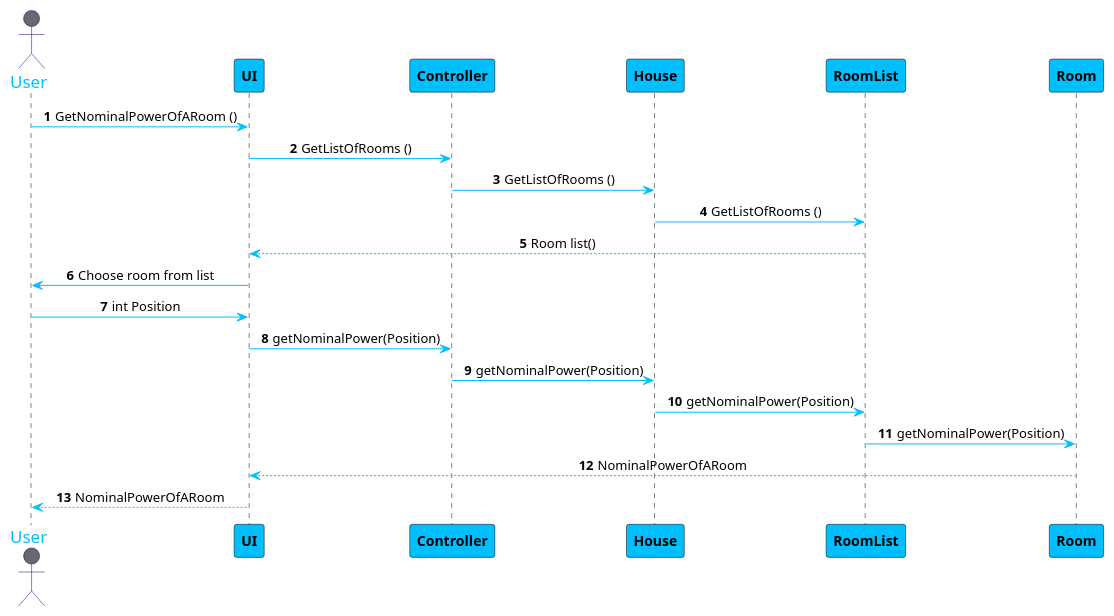
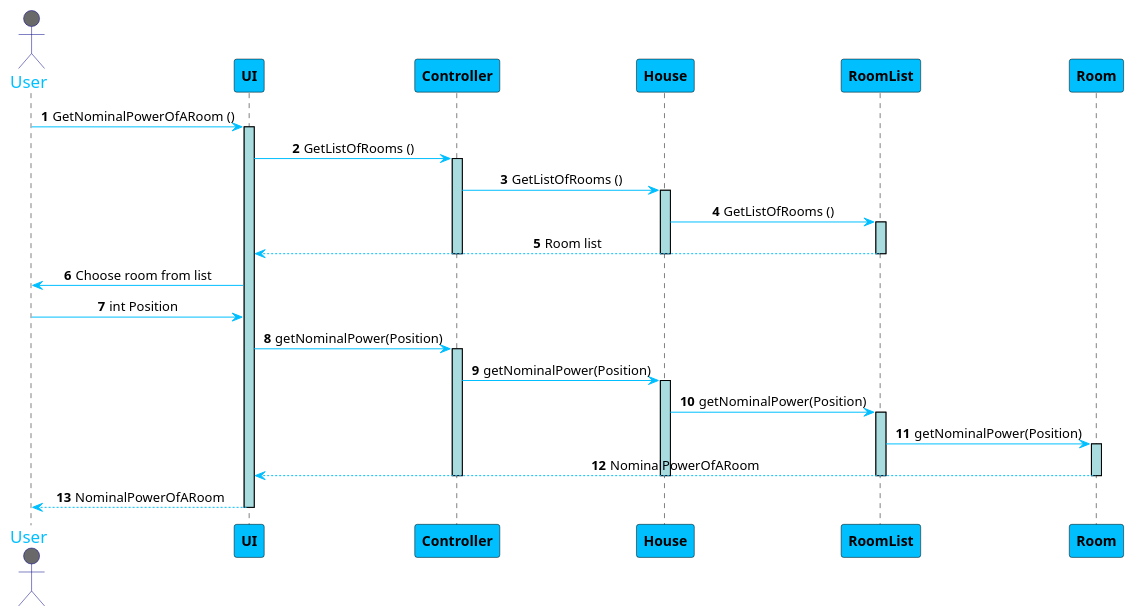
The diagram in src/Docs/Sprint2/GetNominalPowerOfARoom.puml (1181687/hateoasToy), drawn with PlantUML before and after one commit. The commit also changed 4 other files, not shown here.

Commit message:
Changes to Sequence Diagrams

```diff
--- a/src/Docs/Sprint2/GetNominalPowerOfARoom.puml
+++ b/src/Docs/Sprint2/GetNominalPowerOfARoom.puml
@@ -1,37 +1,55 @@
 @startuml
 skinparam sequenceMessageAlign center
 skinparam sequence {
 	ArrowColor DeepSkyBlue
 	ActorBorderColor DarkBlue
 	LifeLineBorderColor black
 	LifeLineBackgroundColor #A9DCDF
 
 	ParticipantBorderColor Black
 	ParticipantBackgroundColor DeepSkyBlue
 	ParticipantFontStyle Bold
 
 	ActorBackgroundColor DimGrey
 	ActorFontColor DeepSkyBlue
 	ActorFontSize 17
 	ActorFontName Aapex
 }
 
 autonumber
 actor User
 User -> UI: GetNominalPowerOfARoom ()
+activate UI
 UI -> Controller: GetListOfRooms ()
+activate Controller
 Controller -> House: GetListOfRooms ()
+activate House
 
 House -> RoomList: GetListOfRooms ()
-UI <-- RoomList: Room list()
+activate RoomList
+UI <-- RoomList: Room list
+deactivate RoomList
+deactivate House
+deactivate Controller
 
 User <- UI: Choose room from list
+
 User -> UI: int Position
 UI -> Controller: getNominalPower(Position)
+activate Controller
 
 Controller -> House: getNominalPower(Position)
+activate House
+
 House -> RoomList: getNominalPower(Position)
+activate RoomList
 RoomList -> Room: getNominalPower(Position)
+activate Room
 UI <-- Room: NominalPowerOfARoom
+deactivate Room
+deactivate RoomList
+deactivate House
+deactivate Controller
 User <-- UI: NominalPowerOfARoom
+deactivate UI
 @enduml
```
